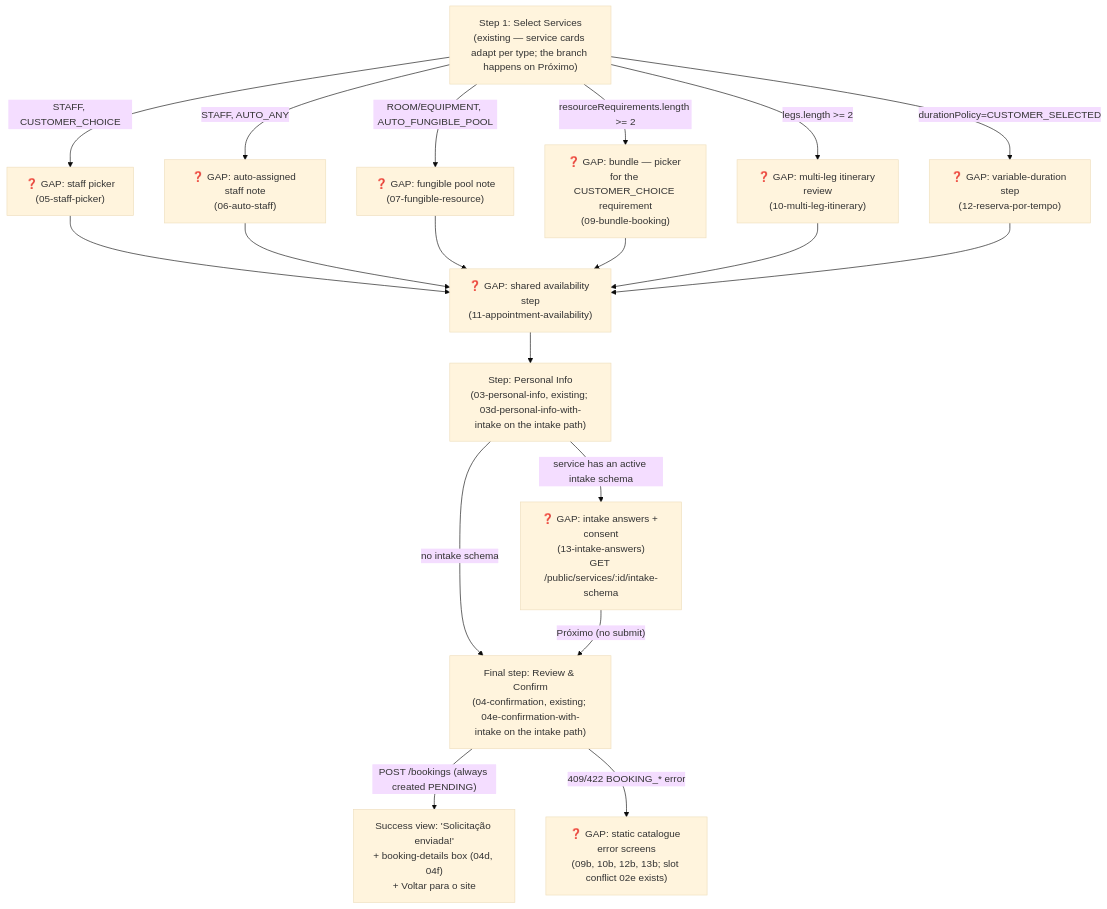
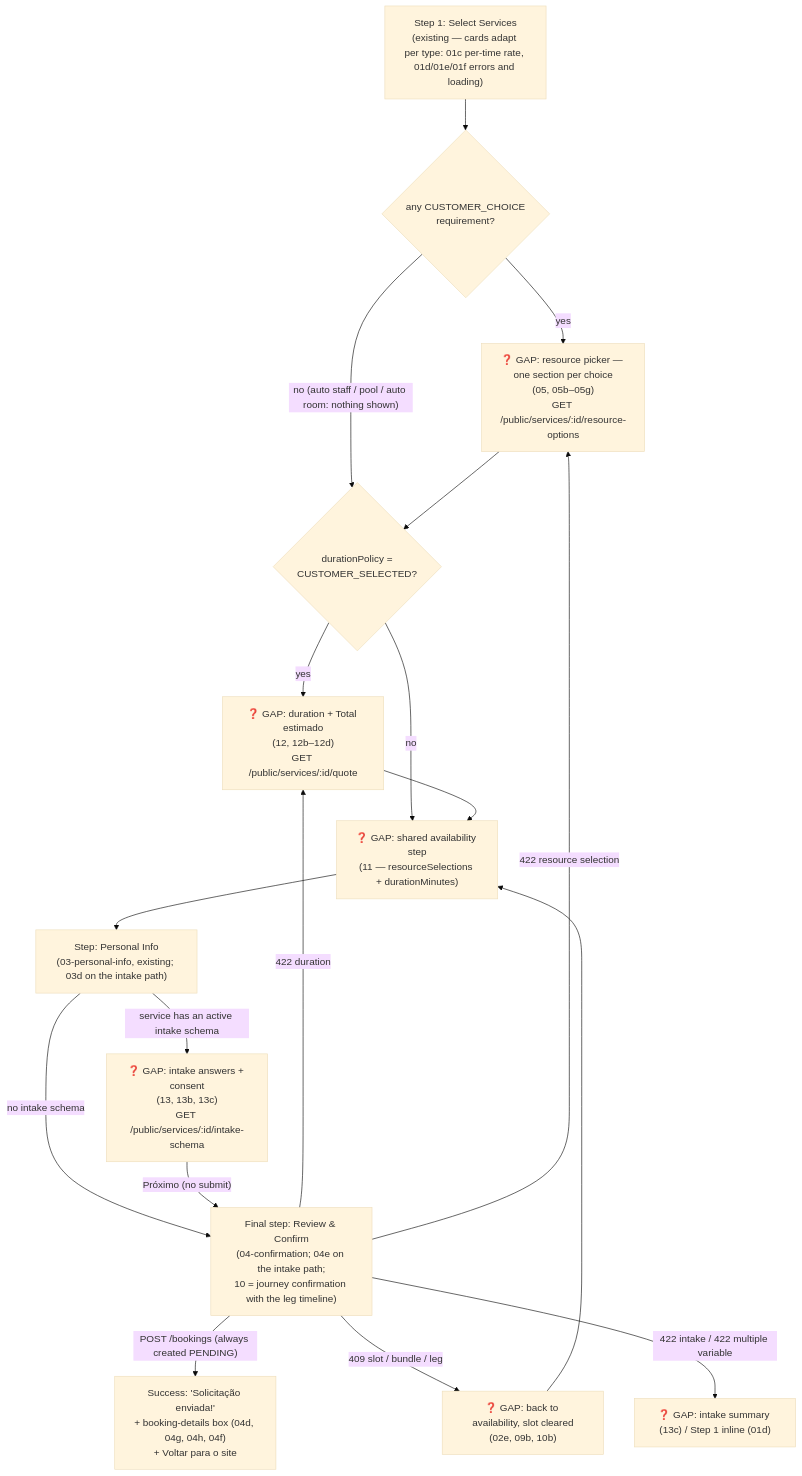
One commit to lmmoreira/ikaro changed the second of 2 diagrams in plan/journey/guest/book-a-service.md. Above: the diagram before and after it, drawn with Mermaid (base theme). The commit also changed other lines of this file and 59 other files, not shown here.

First line of the commit message:
docs(journey): split M23-S11 into S11a/S11b, redraw booking-flow prototypes, add customer reschedule (M23-S30)

````diff
--- a/plan/journey/guest/book-a-service.md
+++ b/plan/journey/guest/book-a-service.md
@@ -57,25 +59,23 @@
 ```mermaid
 flowchart TD
     classDef gap stroke:#f00,stroke-dasharray: 5 5,fill:#fee
 
-    S1b["Step 1: Select Services<br/>(existing — service cards adapt per type; the branch happens on Próximo)"] -->|"STAFF, CUSTOMER_CHOICE"| StaffPicker["❓ GAP: staff picker<br/>(05-staff-picker)"]
-    S1b -->|"STAFF, AUTO_ANY"| AutoStaff["❓ GAP: auto-assigned staff note<br/>(06-auto-staff)"]
-    S1b -->|"ROOM/EQUIPMENT, AUTO_FUNGIBLE_POOL"| Fungible["❓ GAP: fungible pool note<br/>(07-fungible-resource)"]
-    S1b -->|"resourceRequirements.length >= 2"| Bundle["❓ GAP: bundle — picker for the CUSTOMER_CHOICE requirement<br/>(09-bundle-booking)"]
-    S1b -->|"legs.length >= 2"| MultiLeg["❓ GAP: multi-leg itinerary review<br/>(10-multi-leg-itinerary)"]
-    S1b -->|"durationPolicy=CUSTOMER_SELECTED"| VarDuration["❓ GAP: variable-duration step<br/>(12-reserva-por-tempo)"]
+    S1b["Step 1: Select Services<br/>(existing — cards adapt per type: 01c per-time rate, 01d/01e/01f errors and loading)"] --> HasChoice{"any CUSTOMER_CHOICE<br/>requirement?"}
+    HasChoice -- "yes" --> Picker["❓ GAP: resource picker — one section per choice<br/>(05, 05b–05g)<br/>GET /public/services/:id/resource-options"]
+    HasChoice -- "no (auto staff / pool / auto room: nothing shown)" --> HasDuration
+    Picker --> HasDuration{"durationPolicy =<br/>CUSTOMER_SELECTED?"}
+    HasDuration -- "yes" --> Duration["❓ GAP: duration + Total estimado<br/>(12, 12b–12d)<br/>GET /public/services/:id/quote"]
+    HasDuration -- "no" --> Availability
+    Duration --> Availability["❓ GAP: shared availability step<br/>(11 — resourceSelections + durationMinutes)"]
 
-    StaffPicker --> Availability["❓ GAP: shared availability step<br/>(11-appointment-availability)"]
-    AutoStaff --> Availability
-    Fungible --> Availability
-    Bundle --> Availability
-    MultiLeg --> Availability
-    VarDuration --> Availability
-
-    Availability --> S3m["Step: Personal Info<br/>(03-personal-info, existing; 03d-personal-info-with-intake on the intake path)"]
-    S3m -->|"service has an active intake schema"| Intake["❓ GAP: intake answers + consent<br/>(13-intake-answers)<br/>GET /public/services/:id/intake-schema"]
+    Availability --> S3m["Step: Personal Info<br/>(03-personal-info, existing; 03d on the intake path)"]
+    S3m -->|"service has an active intake schema"| Intake["❓ GAP: intake answers + consent<br/>(13, 13b, 13c)<br/>GET /public/services/:id/intake-schema"]
     S3m -->|"no intake schema"| Confirm
-    Intake -->|"Próximo (no submit)"| Confirm["Final step: Review & Confirm<br/>(04-confirmation, existing; 04e-confirmation-with-intake on the intake path)"]
-    Confirm -->|"POST /bookings (always created PENDING)"| Done["Success view: 'Solicitação enviada!'<br/>+ booking-details box (04d, 04f)<br/>+ Voltar para o site"]
-    Confirm -->|"409/422 BOOKING_* error"| Errors["❓ GAP: static catalogue error screens<br/>(09b, 10b, 12b, 13b; slot conflict 02e exists)"]
+    Intake -->|"Próximo (no submit)"| Confirm["Final step: Review & Confirm<br/>(04-confirmation; 04e on the intake path;<br/>10 = journey confirmation with the leg timeline)"]
+    Confirm -->|"POST /bookings (always created PENDING)"| Done["Success: 'Solicitação enviada!'<br/>+ booking-details box (04d, 04g, 04h, 04f)<br/>+ Voltar para o site"]
+    Confirm -->|"409 slot / bundle / leg"| BackAvail["❓ GAP: back to availability, slot cleared<br/>(02e, 09b, 10b)"]
+    Confirm -->|"422 duration"| Duration
+    Confirm -->|"422 resource selection"| Picker
+    Confirm -->|"422 intake / 422 multiple variable"| Errors["❓ GAP: intake summary (13c) / Step 1 inline (01d)"]
+    BackAvail --> Availability
 ```
````
